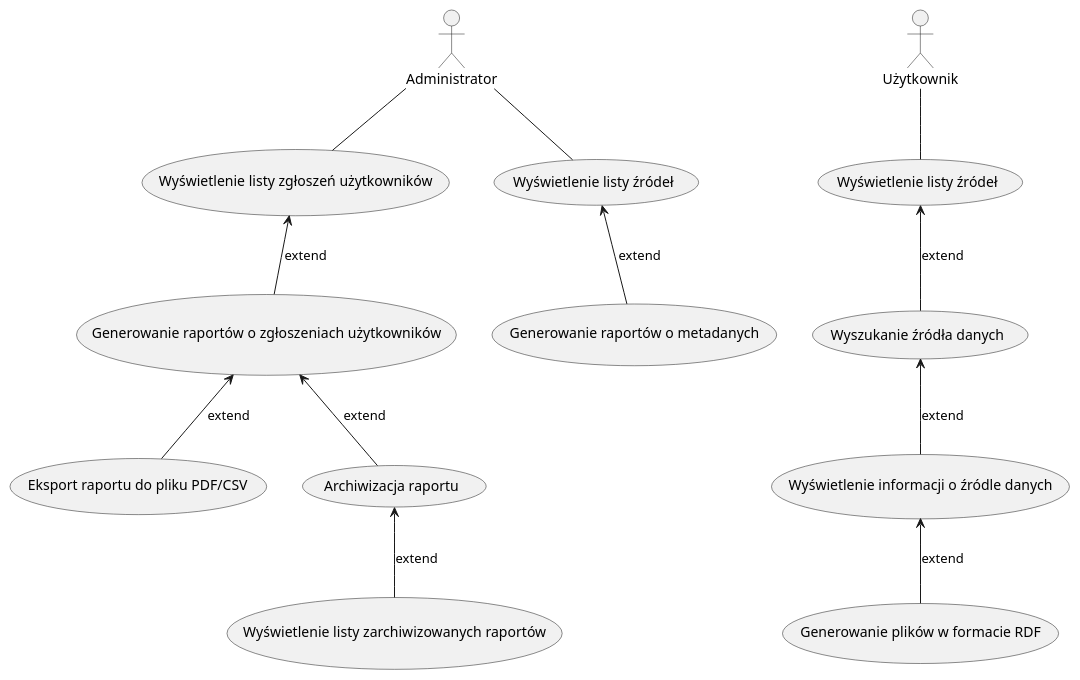
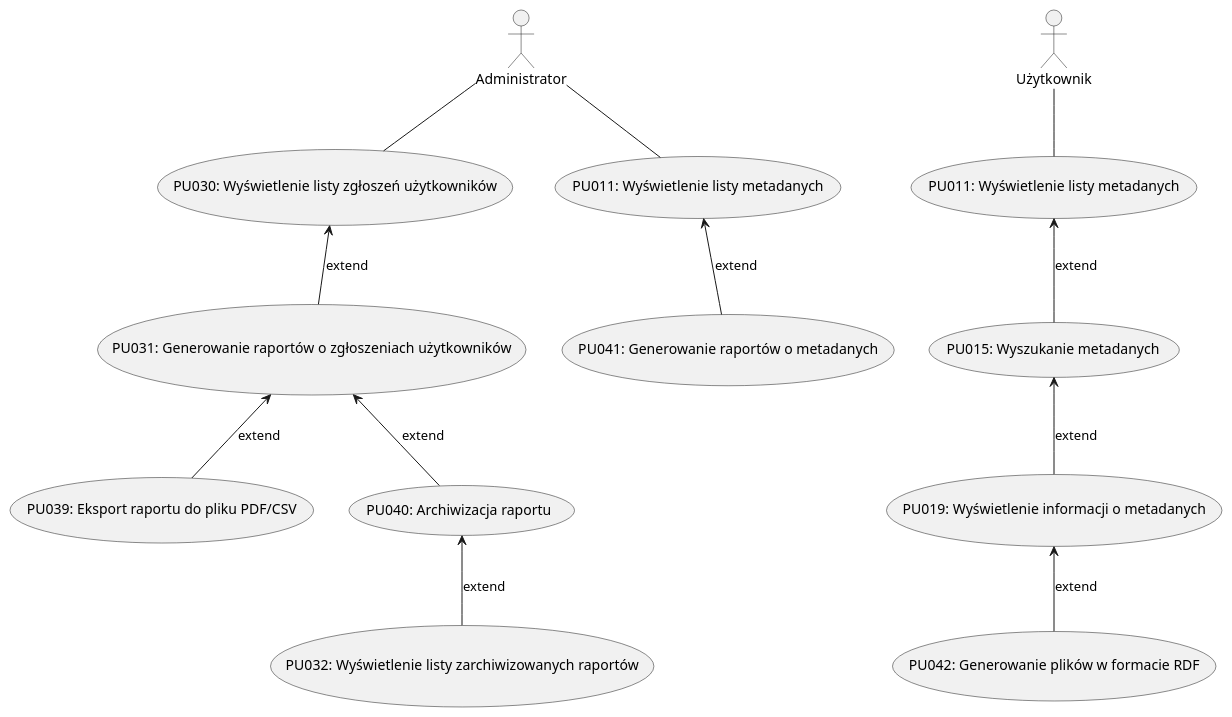
One commit to falkowp/IWO25L changed the diagram in dokumentacja/specyfikacja.wymagan/4.wymagania.uzytkownika/4.1.wymagania.funkcjonalne/PU0006.puml. Above: the diagram before and after it, drawn with PlantUML. The commit also changed 13 other files, not shown here.

```diff
--- a/dokumentacja/specyfikacja.wymagan/4.wymagania.uzytkownika/4.1.wymagania.funkcjonalne/PU0006.puml
+++ b/dokumentacja/specyfikacja.wymagan/4.wymagania.uzytkownika/4.1.wymagania.funkcjonalne/PU0006.puml
@@ -1,32 +1,32 @@
 @startuml Generowanie raportów i analiz
 
 actor "Administrator" as Admin
 actor "Użytkownik" as User
 
-usecase "Wyświetlenie listy zgłoszeń użytkowników" as UC1
-usecase "Generowanie raportów o zgłoszeniach użytkowników" as UC2
-usecase "Eksport raportu do pliku PDF/CSV" as UC3
-usecase "Archiwizacja raportu" as UC4
-usecase "Wyświetlenie listy zarchiwizowanych raportów" as UC5
-usecase "Wyświetlenie listy źródeł" as UC6
-usecase "Wyświetlenie listy źródeł" as UC6user
-usecase "Generowanie raportów o metadanych" as UC7
-usecase "Wyświetlenie informacji o źródle danych" as UC8
-usecase "Wyszukanie źródła danych" as UC9
-usecase "Generowanie plików w formacie RDF" as UC10
+usecase "PU030: Wyświetlenie listy zgłoszeń użytkowników" as UC1
+usecase "PU031: Generowanie raportów o zgłoszeniach użytkowników" as UC2
+usecase "PU039: Eksport raportu do pliku PDF/CSV" as UC3
+usecase "PU040: Archiwizacja raportu" as UC4
+usecase "PU032: Wyświetlenie listy zarchiwizowanych raportów" as UC5
+usecase "PU011: Wyświetlenie listy metadanych" as UC6
+usecase "PU011: Wyświetlenie listy metadanych" as UC6user
+usecase "PU041: Generowanie raportów o metadanych" as UC7
+usecase "PU019: Wyświetlenie informacji o metadanych" as UC8
+usecase "PU015: Wyszukanie metadanych" as UC9
+usecase "PU042: Generowanie plików w formacie RDF" as UC10
 
 Admin -- UC1
 UC1 <-- UC2 : extend
 UC2 <-- UC3 : extend
 UC2 <-- UC4 : extend
 UC4 <-- UC5 : extend
 
 Admin -- UC6
 UC6 <-- UC7 : extend
 
 User -- UC6user
 UC6user <-- UC9 : extend
 UC9 <-- UC8 : extend
 UC8 <-- UC10 : extend
 
 @enduml
```
